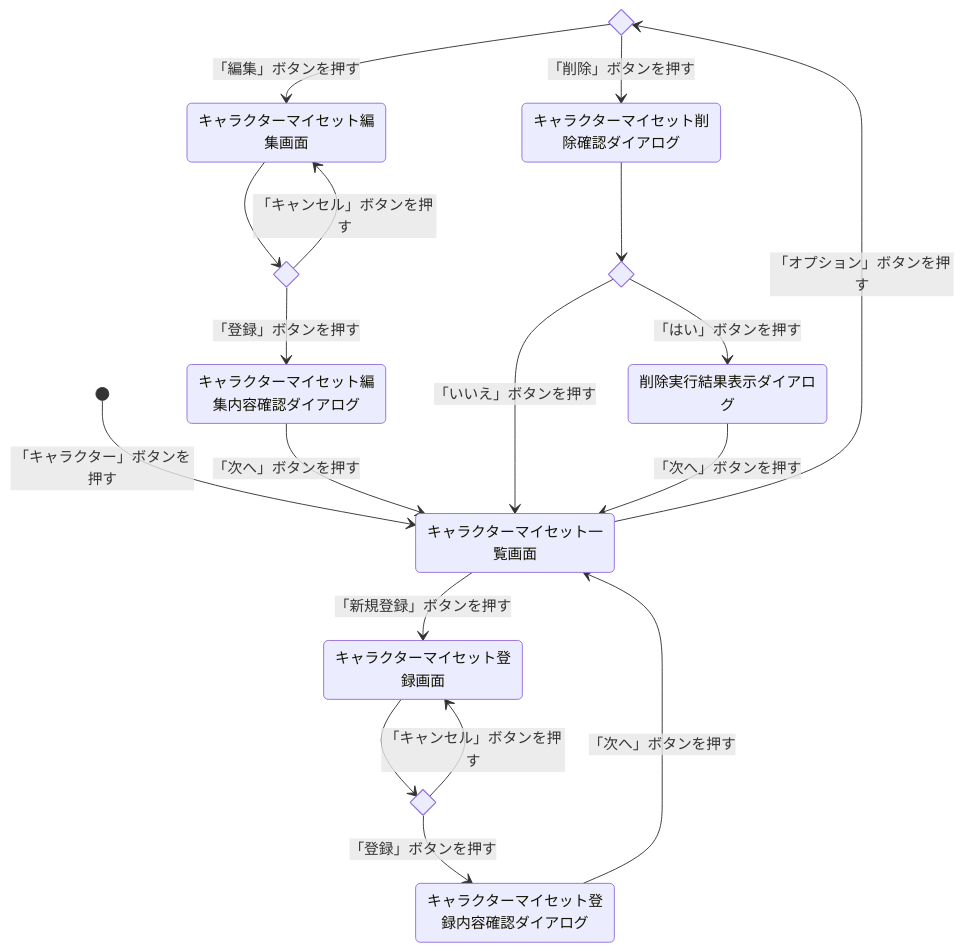
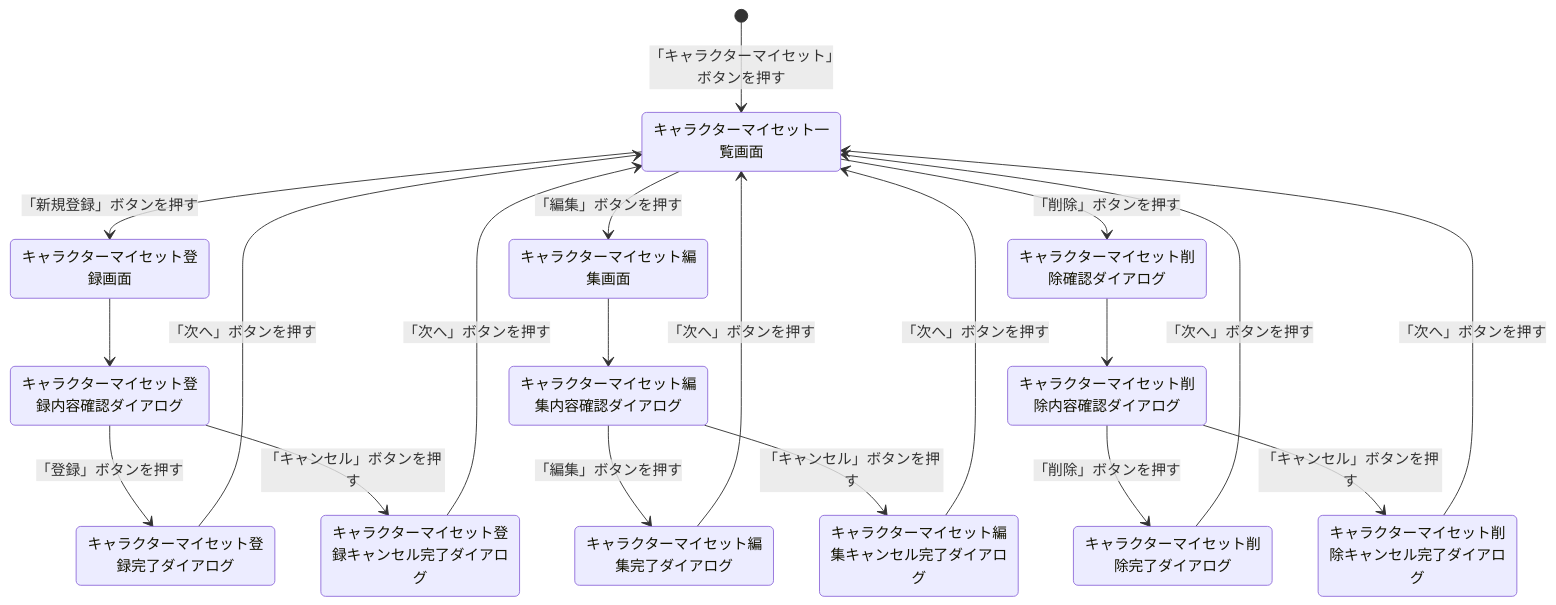
The second of 6 diagrams in README.md (Ryosuke-Yamasaki/Genshin-Desktop-App), drawn with Mermaid before and after one commit. The commit also changed other lines of this file, not shown here.

````diff
--- a/README.md
+++ b/README.md
@@ -205,25 +258,22 @@
 ```mermaid
 stateDiagram-v2
-  state if_オプション <<choice>>
-  state if_登録 <<choice>>
-  state if_編集 <<choice>>
-  state if_削除 <<choice>>
-
-  [*] --> キャラクターマイセット一覧画面 : 「キャラクター」ボタンを押す
+  [*] --> キャラクターマイセット一覧画面 : 「キャラクターマイセット」ボタンを押す
   キャラクターマイセット一覧画面 --> キャラクターマイセット登録画面 : 「新規登録」ボタンを押す
-  キャラクターマイセット一覧画面 --> if_オプション : 「オプション」ボタンを押す
-  if_オプション --> キャラクターマイセット編集画面 : 「編集」ボタンを押す
-  if_オプション --> キャラクターマイセット削除確認ダイアログ : 「削除」ボタンを押す
-  キャラクターマイセット登録画面 --> if_登録
-  if_登録 --> キャラクターマイセット登録内容確認ダイアログ : 「登録」ボタンを押す
-  if_登録 --> キャラクターマイセット登録画面 : 「キャンセル」ボタンを押す
-  キャラクターマイセット登録内容確認ダイアログ --> キャラクターマイセット一覧画面 : 「次へ」ボタンを押す
-  キャラクターマイセット編集画面 --> if_編集
-  if_編集 --> キャラクターマイセット編集内容確認ダイアログ : 「登録」ボタンを押す
-  if_編集 --> キャラクターマイセット編集画面 : 「キャンセル」ボタンを押す
-  キャラクターマイセット編集内容確認ダイアログ --> キャラクターマイセット一覧画面 : 「次へ」ボタンを押す
-  キャラクターマイセット削除確認ダイアログ --> if_削除
-  if_削除 --> 削除実行結果表示ダイアログ : 「はい」ボタンを押す
-  if_削除 --> キャラクターマイセット一覧画面 : 「いいえ」ボタンを押す
-  削除実行結果表示ダイアログ --> キャラクターマイセット一覧画面 : 「次へ」ボタンを押す
+  キャラクターマイセット一覧画面 --> キャラクターマイセット編集画面 : 「編集」ボタンを押す
+  キャラクターマイセット一覧画面 --> キャラクターマイセット削除確認ダイアログ : 「削除」ボタンを押す
+  キャラクターマイセット登録画面 --> キャラクターマイセット登録内容確認ダイアログ
+  キャラクターマイセット登録内容確認ダイアログ --> キャラクターマイセット登録完了ダイアログ : 「登録」ボタンを押す
+  キャラクターマイセット登録内容確認ダイアログ --> キャラクターマイセット登録キャンセル完了ダイアログ : 「キャンセル」ボタンを押す
+  キャラクターマイセット登録完了ダイアログ --> キャラクターマイセット一覧画面 : 「次へ」ボタンを押す
+  キャラクターマイセット登録キャンセル完了ダイアログ --> キャラクターマイセット一覧画面 : 「次へ」ボタンを押す
+  キャラクターマイセット編集画面 --> キャラクターマイセット編集内容確認ダイアログ
+  キャラクターマイセット編集内容確認ダイアログ --> キャラクターマイセット編集完了ダイアログ : 「編集」ボタンを押す
+  キャラクターマイセット編集内容確認ダイアログ --> キャラクターマイセット編集キャンセル完了ダイアログ : 「キャンセル」ボタンを押す
+  キャラクターマイセット編集完了ダイアログ --> キャラクターマイセット一覧画面 : 「次へ」ボタンを押す
+  キャラクターマイセット編集キャンセル完了ダイアログ --> キャラクターマイセット一覧画面 : 「次へ」ボタンを押す
+  キャラクターマイセット削除確認ダイアログ --> キャラクターマイセット削除内容確認ダイアログ
+  キャラクターマイセット削除内容確認ダイアログ --> キャラクターマイセット削除完了ダイアログ : 「削除」ボタンを押す
+  キャラクターマイセット削除内容確認ダイアログ --> キャラクターマイセット削除キャンセル完了ダイアログ : 「キャンセル」ボタンを押す
+  キャラクターマイセット削除完了ダイアログ --> キャラクターマイセット一覧画面 : 「次へ」ボタンを押す
+  キャラクターマイセット削除キャンセル完了ダイアログ --> キャラクターマイセット一覧画面 : 「次へ」ボタンを押す
 ```
````
